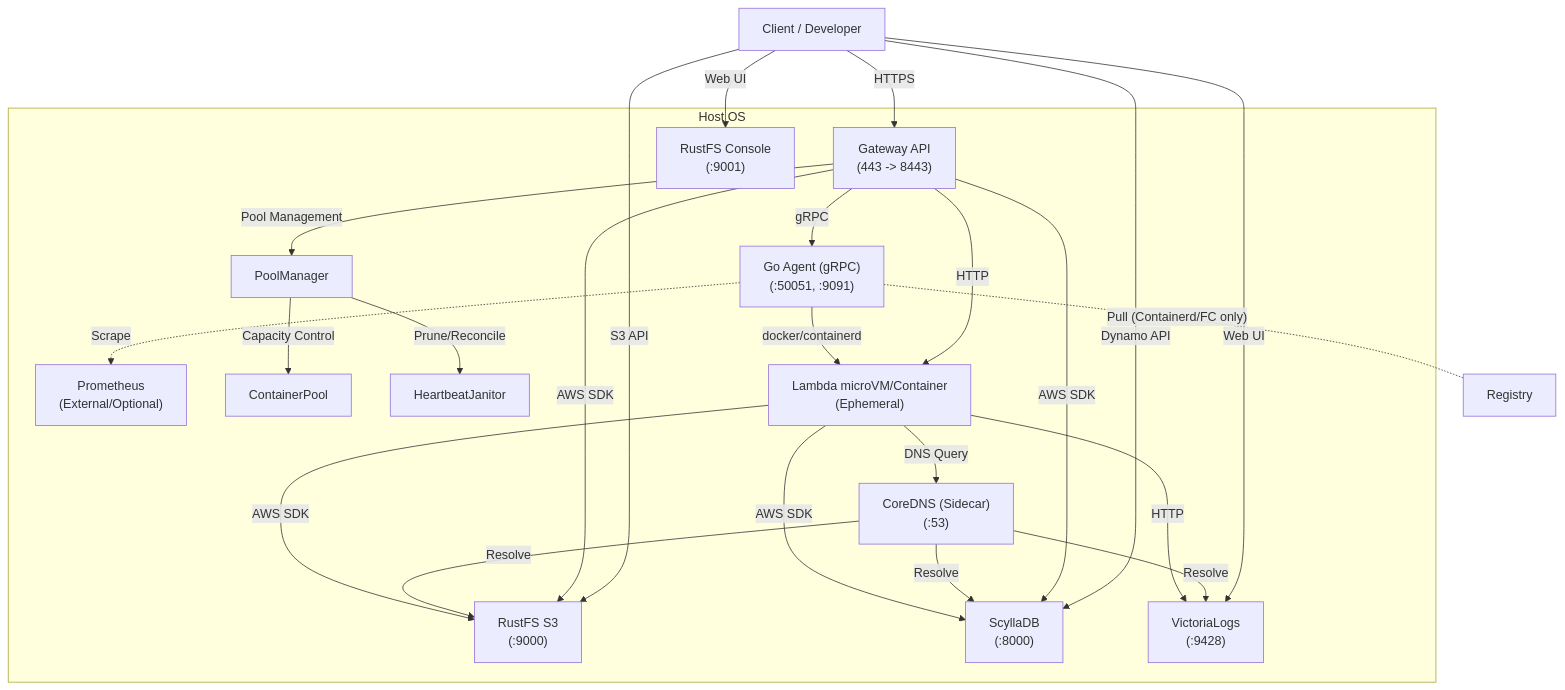
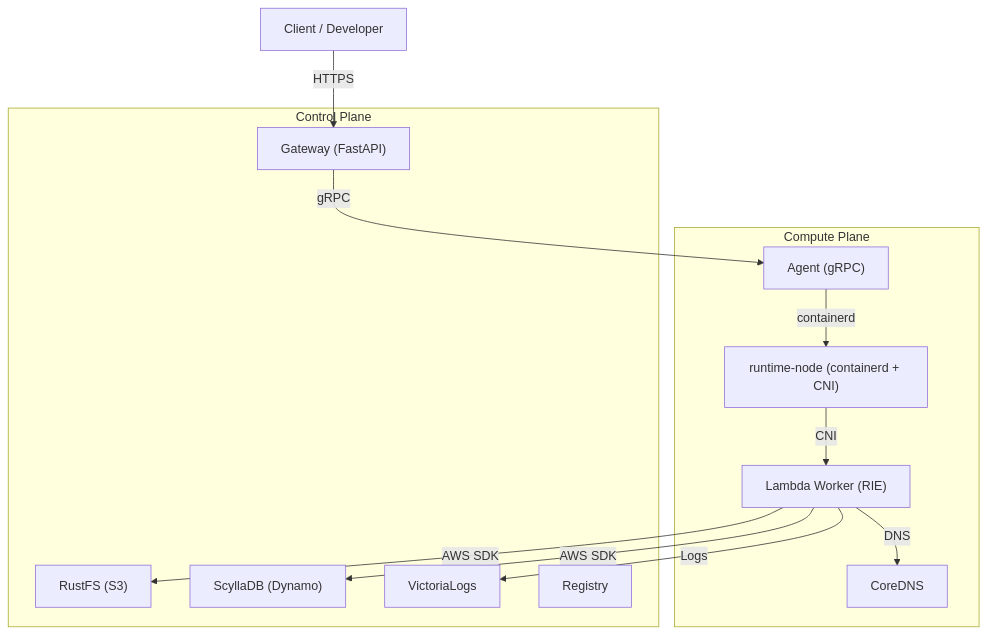
The diagram in docs/spec.md (poruru-code/esb), drawn with Mermaid before and after one commit. The commit also changed other lines of this file and 80 other files, not shown here.

````diff
--- a/docs/spec.md
+++ b/docs/spec.md
@@ -10,44 +14,27 @@
 ```mermaid
 flowchart TD
-    User["Client / Developer"]
-    
-    subgraph Host ["Host OS"]
-        Gateway["Gateway API<br>(443 -> 8443)"]
-        Agent["Go Agent (gRPC)<br>(:50051, :9091)"]
-        CoreDNS["CoreDNS (Sidecar)<br>(:53)"]
-        Prometheus["Prometheus<br>(External/Optional)"]
-        RustFS["RustFS S3<br>(:9000)"]
-        Console["RustFS Console<br>(:9001)"]
-        DB["ScyllaDB<br>(:8000)"]
-        Logs["VictoriaLogs<br>(:9428)"]
-        
-        Gateway -->|Pool Management| PoolManager["PoolManager"]
-        PoolManager -->|Capacity Control| ContainerPool["ContainerPool"]
-        PoolManager -->|Prune/Reconcile| HeartbeatJanitor["HeartbeatJanitor"]
-        
-        Lambda["Lambda microVM/Container<br>(Ephemeral)"]
+    User["Client / Developer"] -->|HTTPS| Gateway
+
+    subgraph Control["Control Plane"]
+        Gateway["Gateway (FastAPI)"]
+        RustFS["RustFS (S3)"]
+        Scylla["ScyllaDB (Dynamo)"]
+        Logs["VictoriaLogs"]
+        Registry["Registry"]
     end
 
-    User -->|HTTPS| Gateway
-    User -->|S3 API| RustFS
-    User -->|Web UI| Console
-    User -->|Dynamo API| DB
-    User -->|Web UI| Logs
-    
+    subgraph Compute["Compute Plane"]
+        RuntimeNode["runtime-node (containerd + CNI)"]
+        Agent["Agent (gRPC)"]
+        CoreDNS["CoreDNS"]
+        Worker["Lambda Worker (RIE)"]
+    end
+
     Gateway -->|gRPC| Agent
-    Gateway -->|AWS SDK| RustFS
-    Gateway -->|AWS SDK| DB
-    Gateway -->|HTTP| Lambda
-    
-    Agent -->|docker/containerd| Lambda
-    Agent -.-|"Pull (Containerd/FC only)"| Registry["Registry"]
-    Agent -.->|Scrape| Prometheus
-    
-    Lambda -->|DNS Query| CoreDNS
-    CoreDNS -->|Resolve| RustFS
-    CoreDNS -->|Resolve| DB
-    CoreDNS -->|Resolve| Logs
-    Lambda -->|AWS SDK| RustFS
-    Lambda -->|AWS SDK| DB
-    Lambda -->|HTTP| Logs
+    Agent -->|containerd| RuntimeNode
+    RuntimeNode -->|CNI| Worker
+    Worker -->|DNS| CoreDNS
+    Worker -->|AWS SDK| RustFS
+    Worker -->|AWS SDK| Scylla
+    Worker -->|Logs| Logs
 ```
````
